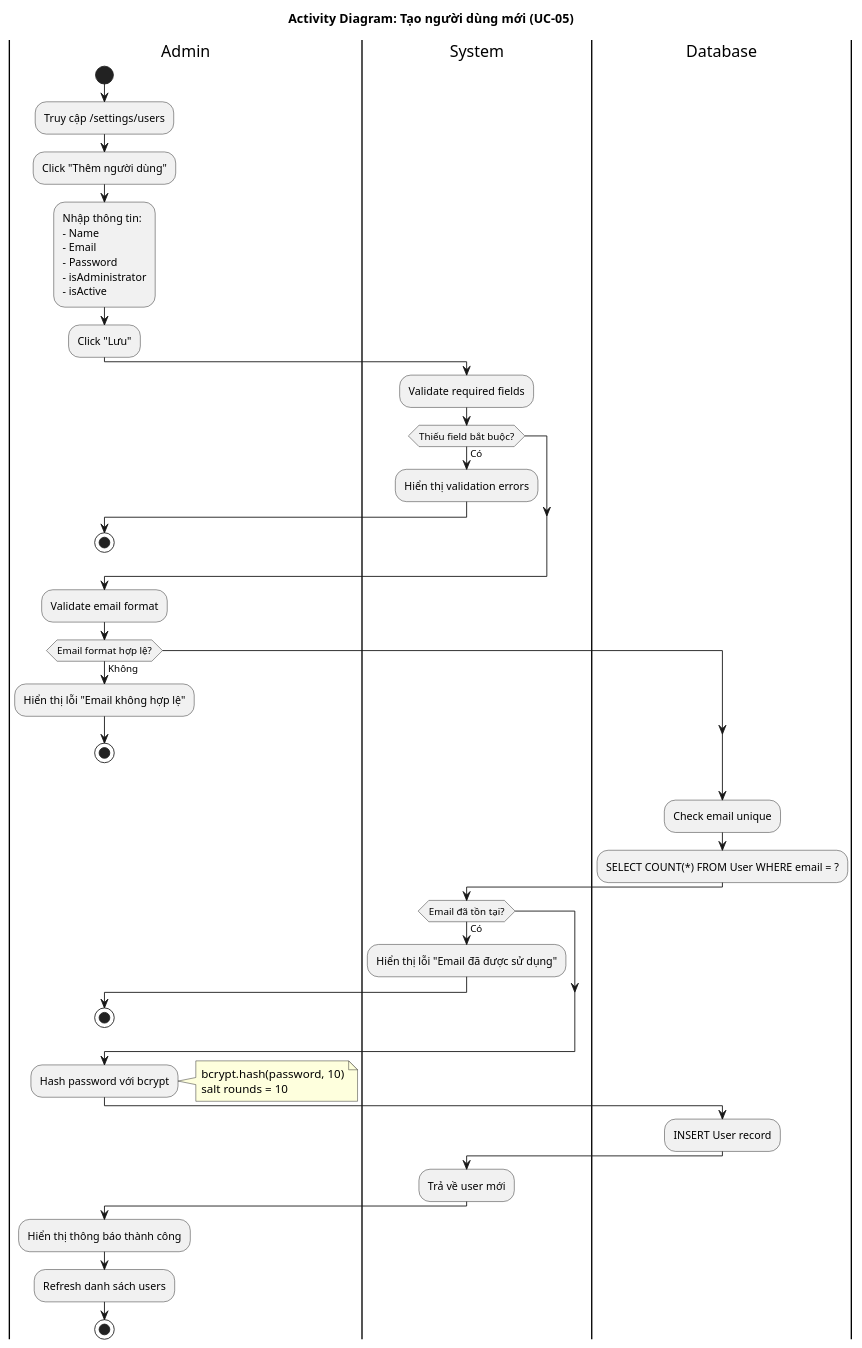
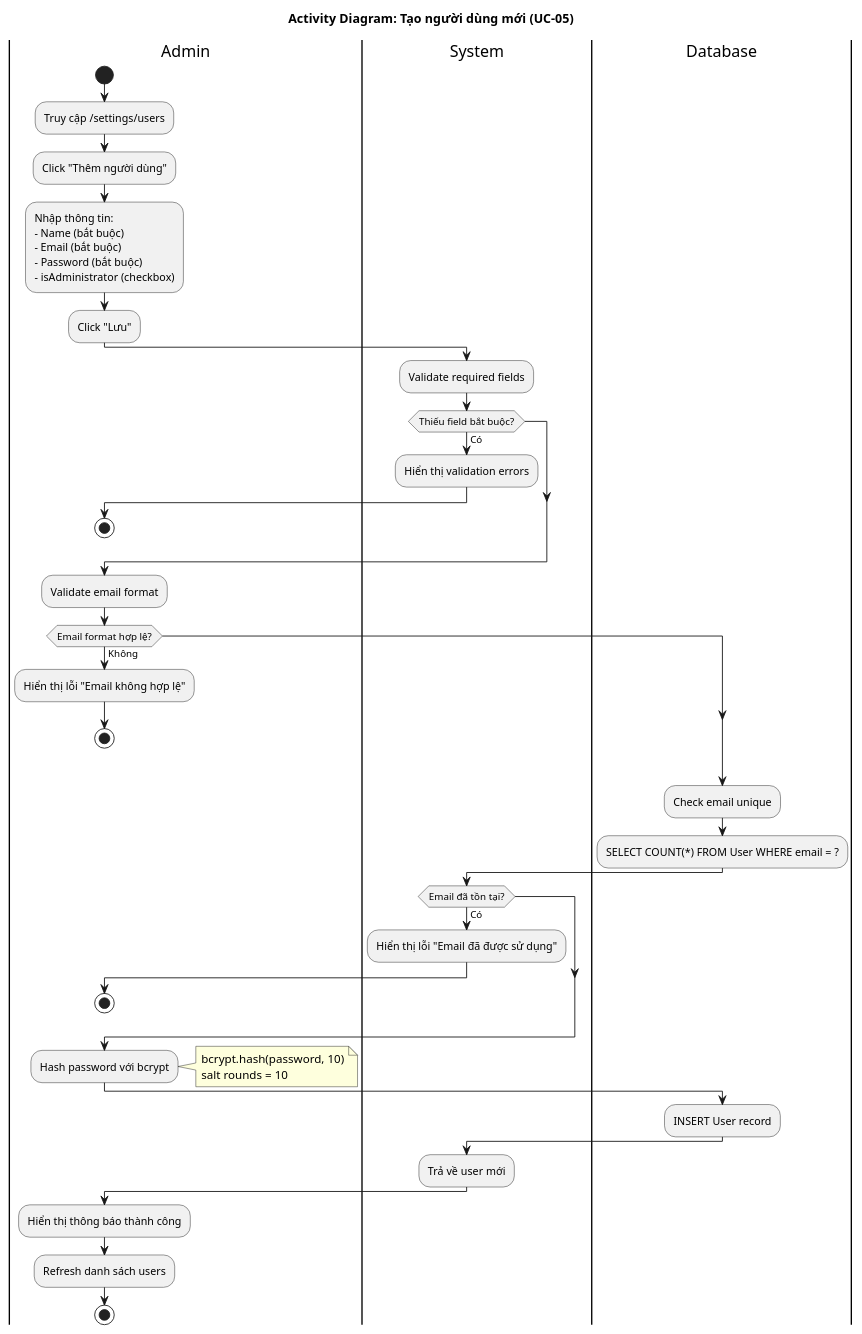
The diagram in docs/activity_diagram/02-create-user.md (docuong039/worksphere), drawn with PlantUML before and after one commit. The commit also changed 23 other files, not shown here.

````diff
--- a/docs/activity_diagram/02-create-user.md
+++ b/docs/activity_diagram/02-create-user.md
@@ -21,64 +21,63 @@
 ```plantuml
 @startuml
 title Activity Diagram: Tạo người dùng mới (UC-05)
 
 |Admin|
 start
 :Truy cập /settings/users;
 :Click "Thêm người dùng";
 :Nhập thông tin:
-- Name
-- Email
-- Password
-- isAdministrator
-- isActive;
+- Name (bắt buộc)
+- Email (bắt buộc)
+- Password (bắt buộc)
+- isAdministrator (checkbox);
 :Click "Lưu";
 
 |System|
 :Validate required fields;
 
 if (Thiếu field bắt buộc?) then (Có)
   :Hiển thị validation errors;
   |Admin|
   stop
 endif
 
 :Validate email format;
 
 if (Email format hợp lệ?) then (Không)
   :Hiển thị lỗi "Email không hợp lệ";
   |Admin|
   stop
 endif
 
 |Database|
 :Check email unique;
 :SELECT COUNT(*) FROM User WHERE email = ?;
 
 |System|
 if (Email đã tồn tại?) then (Có)
   :Hiển thị lỗi "Email đã được sử dụng";
   |Admin|
   stop
 endif
 
 :Hash password với bcrypt;
 note right
   bcrypt.hash(password, 10)
   salt rounds = 10
 end note
 
 |Database|
 :INSERT User record;
 
 |System|
 :Trả về user mới;
 
 |Admin|
 :Hiển thị thông báo thành công;
 :Refresh danh sách users;
 
 stop
 
 @enduml
 ```
````
